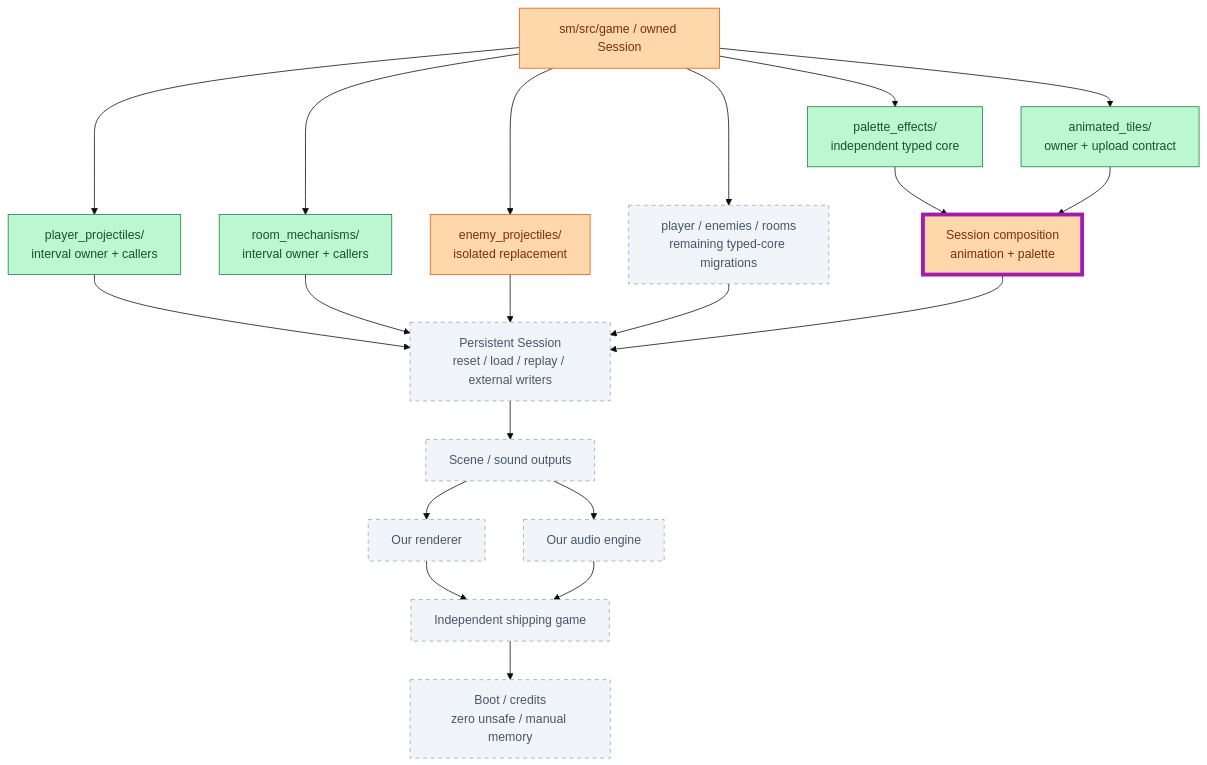
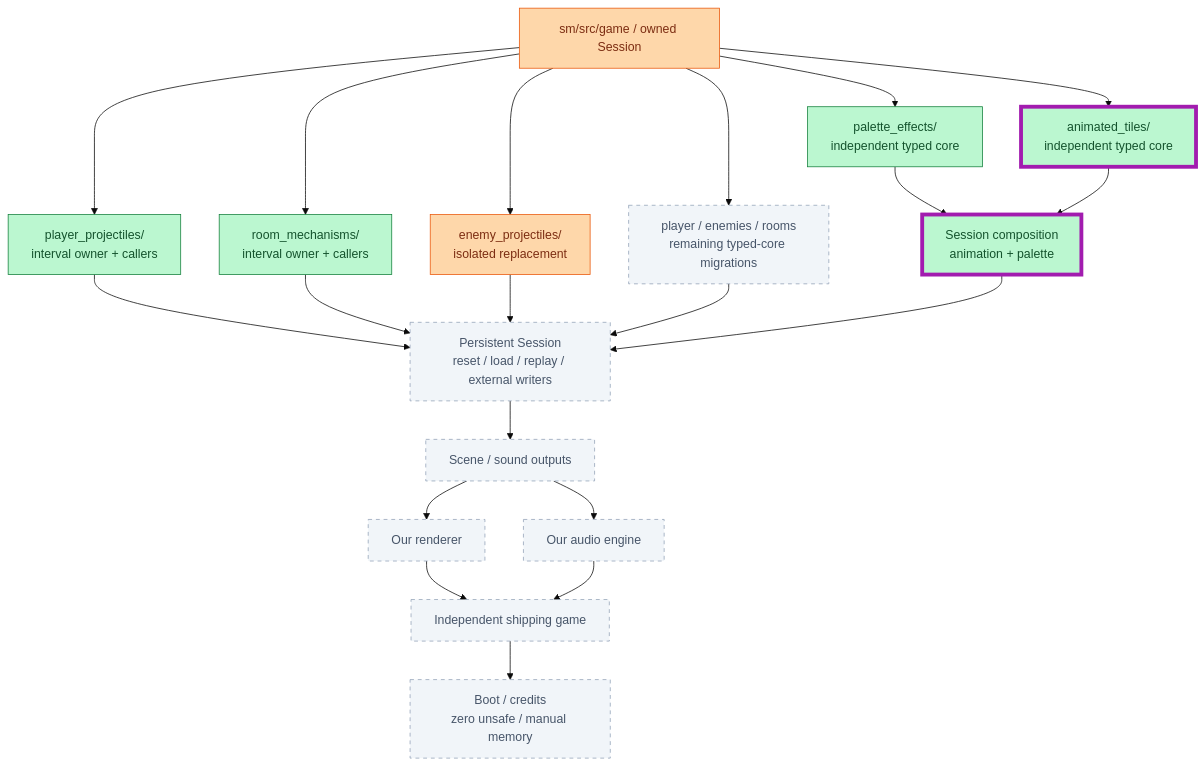
One commit to JimLundin/sm-decomp changed the first of 3 diagrams in PROGRESS.md. Above: the diagram before and after it, drawn with Mermaid (base theme). The commit also changed other lines of this file and 2 other files, not shown here.

First line of the commit message:
Mark composed core adopted after hosted checks; graphical status verified

````diff
--- a/PROGRESS.md
+++ b/PROGRESS.md
@@ -7,37 +7,37 @@
 ```mermaid
 flowchart TB
     ROOT["sm/src/game / owned Session"]:::active
     ROOT --> PP
     ROOT --> RM
     ROOT --> PAL
     ROOT --> ANIM
     ROOT --> ENEMY
     ROOT --> REST
     PP["player_projectiles/<br/>interval owner + callers"]:::done
     RM["room_mechanisms/<br/>interval owner + callers"]:::done
     PAL["palette_effects/<br/>independent typed core"]:::done
-    ANIM["animated_tiles/<br/>owner + upload contract"]:::done
+    ANIM["animated_tiles/<br/>independent typed core"]:::done
     ENEMY["enemy_projectiles/<br/>isolated replacement"]:::active
     REST["player / enemies / rooms<br/>remaining typed-core migrations"]:::pending
     PP --> PERSIST
     RM --> PERSIST
     PAL --> COMPOSE
     ANIM --> COMPOSE
     ENEMY --> PERSIST
     REST --> PERSIST
-    COMPOSE["Session composition<br/>animation + palette"]:::active
+    COMPOSE["Session composition<br/>animation + palette"]:::done
     COMPOSE --> PERSIST
     PERSIST["Persistent Session<br/>reset / load / replay / external writers"]:::pending
     PERSIST --> SCENE["Scene / sound outputs"]:::pending
     SCENE --> GPU["Our renderer"]:::pending
     SCENE --> AUDIO["Our audio engine"]:::pending
     GPU --> SHIP["Independent shipping game"]:::pending
     AUDIO --> SHIP
     SHIP --> END["Boot / credits<br/>zero unsafe / manual memory"]:::pending
     classDef done fill:#bbf7d0,stroke:#15803d,color:#14532d
     classDef checked fill:#bfdbfe,stroke:#2563eb,color:#1e3a8a
     classDef active fill:#fed7aa,stroke:#ea580c,color:#7c2d12
     classDef pending fill:#f1f5f9,stroke:#94a3b8,color:#475569,stroke-dasharray:5 5
     classDef changed stroke:#a21caf,stroke-width:5px
-    class COMPOSE changed
+    class ANIM,COMPOSE changed
 ```
````
